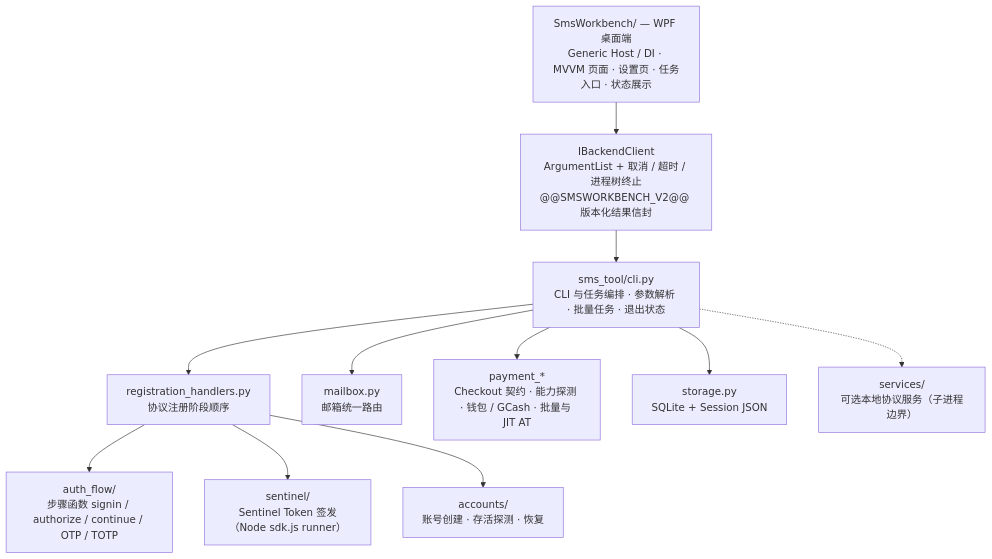
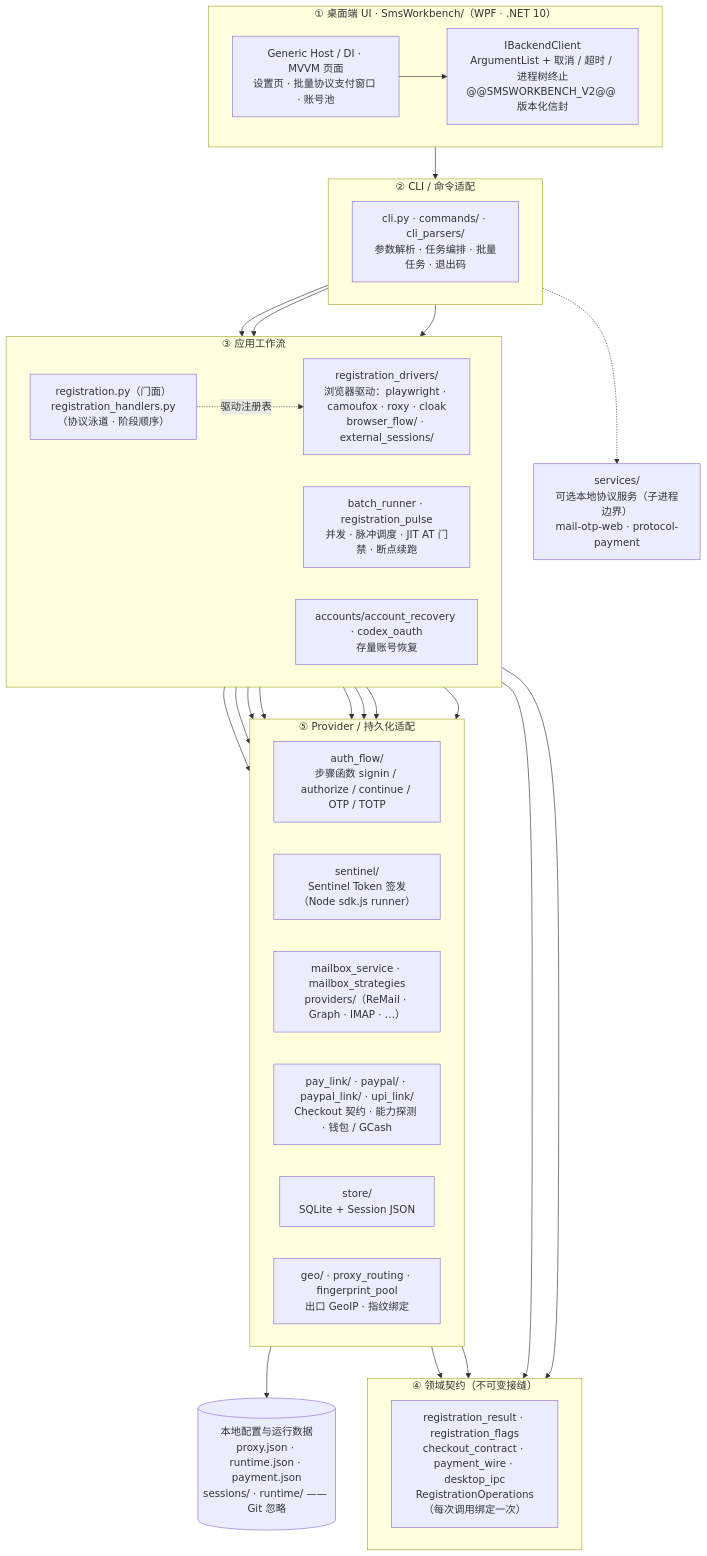
The diagram in README.md (2951461586/GPT-Register-Tool), drawn with Mermaid before and after one commit. The commit also changed other lines of this file and 1 other file, not shown here.

Commit message:
docs(readme): rebuild the architecture overview as a five-layer diagram
The old diagram was a flat 11-node flowchart whose module names had drifted:
mailbox.py (now mailbox_service + mailbox_strategies + providers/), storage.py
(now store/), and a vague payment_* node.  It also omitted the browser driver
registry, the pay_link / paypal / paypal_link / upi_link split, geo + proxy
routing, the subprocess boundary for services/, and the Git-ignored local
state.

Replaced with a layered flowchart that mirrors docs/architecture.md's
"Dependency Direction" model -- UI -> CLI / command adapters -> application
workflows -> domain contracts -> provider / persistence adapters -- with one
subgraph per layer.  It now also shows the two registration lanes (protocol,
the built-in default, vs the browser drivers behind the registry), the
services/ subprocess boundary, and the local config/data that stays out of Git.
README.md and README_EN.md are updated in sync.

Verified: both diagrams parse through a mermaid parser with 0 warnings .
docs_consistency_scan (release pointer intact) . test_docs_consistency .
test_audit_index_completeness . line_ending_guard.

````diff
--- a/README.md
+++ b/README.md
@@ -47,24 +49,59 @@
 ```mermaid
 flowchart TB
-    W["SmsWorkbench/ — WPF 桌面端<br/>Generic Host / DI · MVVM 页面 · 设置页 · 任务入口 · 状态展示"]
-    B["IBackendClient<br/>ArgumentList + 取消 / 超时 / 进程树终止<br/>@@SMSWORKBENCH_V2@@ 版本化结果信封"]
-    CLI["sms_tool/cli.py<br/>CLI 与任务编排 · 参数解析 · 批量任务 · 退出状态"]
-    REG["registration_handlers.py<br/>协议注册阶段顺序"]
-    AF["auth_flow/<br/>步骤函数 signin / authorize / continue / OTP / TOTP"]
-    SEN["sentinel/<br/>Sentinel Token 签发（Node sdk.js runner）"]
-    ACC["accounts/<br/>账号创建 · 存活探测 · 恢复"]
-    MB["mailbox.py<br/>邮箱统一路由"]
-    PAY["payment_*<br/>Checkout 契约 · 能力探测 · 钱包 / GCash · 批量与 JIT AT"]
-    STO["storage.py<br/>SQLite + Session JSON"]
-    SVC["services/<br/>可选本地协议服务（子进程边界）"]
+    subgraph L1["① 桌面端 UI · SmsWorkbench/（WPF · .NET 10）"]
+        direction LR
+        PANEL["Generic Host / DI · MVVM 页面<br/>设置页 · 批量协议支付窗口 · 账号池"]
+        IPC["IBackendClient<br/>ArgumentList + 取消 / 超时 / 进程树终止<br/>@@SMSWORKBENCH_V2@@ 版本化信封"]
+    end
 
-    W --> B --> CLI
+    subgraph L2["② CLI / 命令适配"]
+        direction LR
+        CLI["cli.py · commands/ · cli_parsers/<br/>参数解析 · 任务编排 · 批量任务 · 退出码"]
+    end
+
+    subgraph L3["③ 应用工作流"]
+        direction LR
+        REG["registration.py（门面）<br/>registration_handlers.py（协议泳道 · 阶段顺序）"]
+        DRV["registration_drivers/<br/>浏览器驱动：playwright · camoufox · roxy · cloak<br/>browser_flow/ · external_sessions/"]
+        BATCH["batch_runner · registration_pulse<br/>并发 · 脉冲调度 · JIT AT 门禁 · 断点续跑"]
+        REC["accounts/account_recovery · codex_oauth<br/>存量账号恢复"]
+    end
+
+    subgraph L4["④ 领域契约（不可变接缝）"]
+        direction LR
+        SEAM["registration_result · registration_flags<br/>checkout_contract · payment_wire · desktop_ipc<br/>RegistrationOperations（每次调用绑定一次）"]
+    end
+
+    subgraph L5["⑤ Provider / 持久化适配"]
+        direction LR
+        AF["auth_flow/<br/>步骤函数 signin / authorize / continue / OTP / TOTP"]
+        SEN["sentinel/<br/>Sentinel Token 签发（Node sdk.js runner）"]
+        MB["mailbox_service · mailbox_strategies<br/>providers/（ReMail · Graph · IMAP · …）"]
+        PAY["pay_link/ · paypal/ · paypal_link/ · upi_link/<br/>Checkout 契约 · 能力探测 · 钱包 / GCash"]
+        STO["store/<br/>SQLite + Session JSON"]
+        GEO["geo/ · proxy_routing · fingerprint_pool<br/>出口 GeoIP · 指纹绑定"]
+    end
+
+    SVC["services/<br/>可选本地协议服务（子进程边界）<br/>mail-otp-web · protocol-payment"]
+    LOCAL[("本地配置与运行数据<br/>proxy.json · runtime.json · payment.json<br/>sessions/ · runtime/ —— Git 忽略")]
+
+    PANEL --> IPC --> CLI
     CLI --> REG
+    CLI --> BATCH
+    CLI --> REC
     REG --> AF
     REG --> SEN
-    REG --> ACC
-    CLI --> MB
-    CLI --> PAY
-    CLI --> STO
+    REG --> MB
+    REG --> GEO
+    REG --> STO
+    REG -. 驱动注册表 .-> DRV
+    DRV --> SEN
+    BATCH --> PAY
+    BATCH --> STO
+    REG --> SEAM
+    BATCH --> SEAM
+    AF --> SEAM
+    PAY --> SEAM
+    STO --> LOCAL
     CLI -.-> SVC
 ```
````
